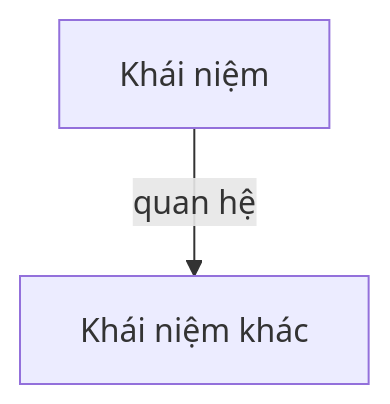
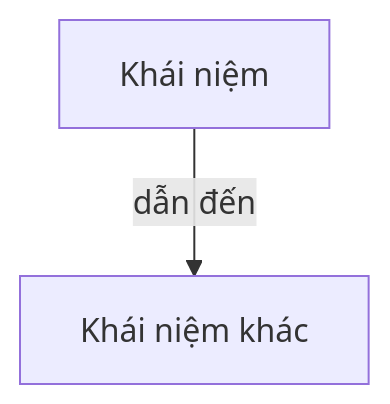
Before and after one commit to VinUni-AI20k/Batch03-K4-AI-Product-Hackathon: the second of 2 diagrams in learning-agent/skills/so-do-khai-niem/SKILL.md, drawn with Mermaid. The commit also changed other lines of this file and 2 other files, not shown here.

First line of the commit message:
Mindmap/sơ đồ render ra ảnh đính kèm Discord/Telegram (v1.1)

````diff
--- a/learning-agent/skills/so-do-khai-niem/SKILL.md
+++ b/learning-agent/skills/so-do-khai-niem/SKILL.md
@@ -21,4 +38,4 @@
-      ```mermaid
-      graph TD
-        A[Khái niệm] -->|quan hệ| B[Khái niệm khác]
-      ```
+```mermaid
+graph TD
+  A[Khái niệm] -->|dẫn đến| B[Khái niệm khác]
+```
````
